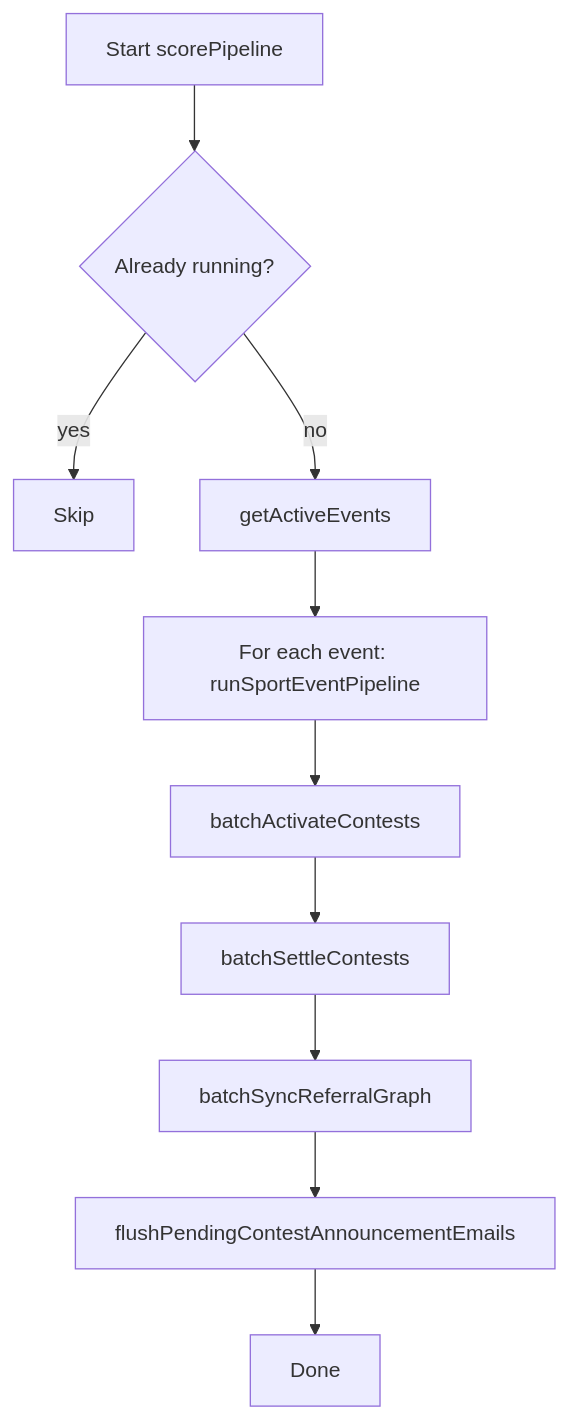
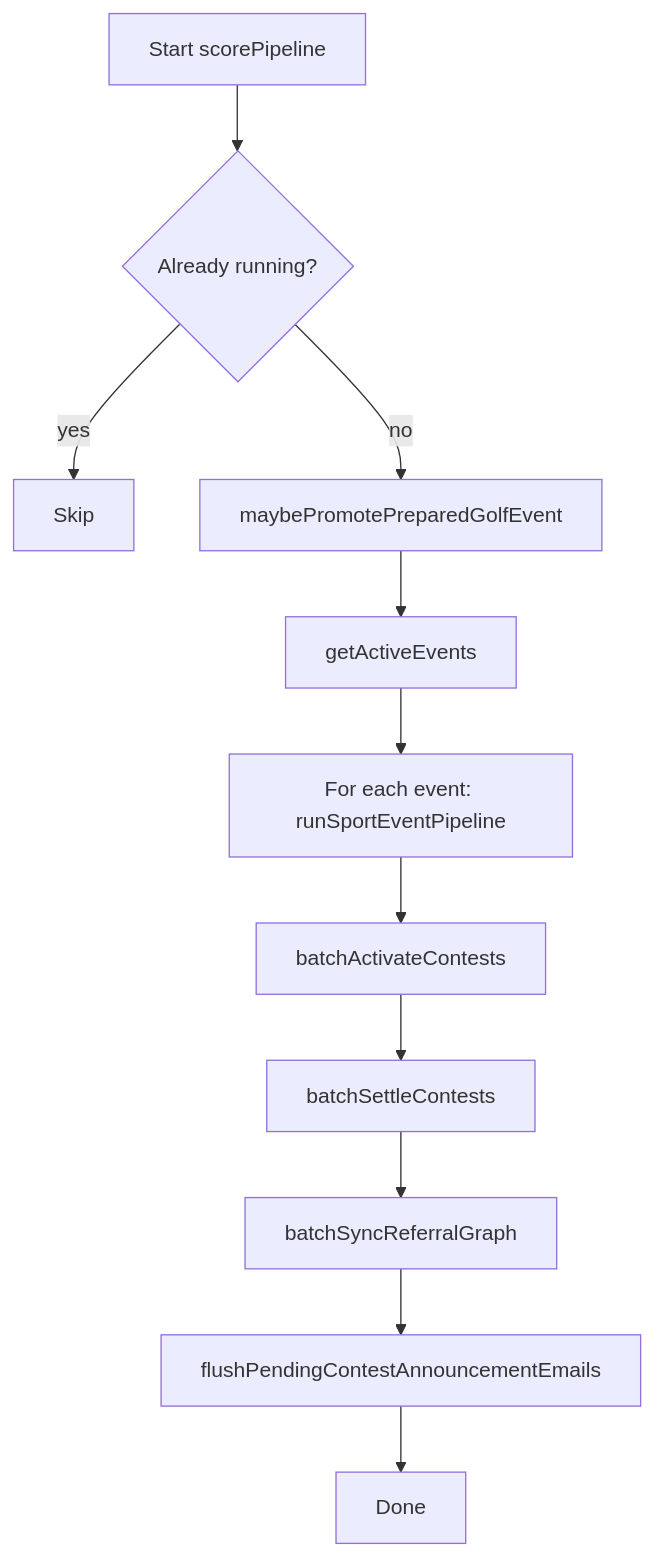
One commit to MagRelo/cut changed the diagram in spec/server/cron.md. Above: the diagram before and after it, drawn with Mermaid. The commit also changed other lines of this file and 32 other files, not shown here.

First line of the commit message:
refactor: implement auto-init functionality for commodities and golf events

````diff
--- a/spec/server/cron.md
+++ b/spec/server/cron.md
@@ -18,12 +19,13 @@
 ```mermaid
 flowchart TD
   A[Start scorePipeline] --> B{Already running?}
   B -->|yes| Z[Skip]
-  B -->|no| C[getActiveEvents]
+  B -->|no| P[maybePromotePreparedGolfEvent]
+  P --> C[getActiveEvents]
   C --> D[For each event: runSportEventPipeline]
   D --> F[batchActivateContests]
   F --> G[batchSettleContests]
   G --> H[batchSyncReferralGraph]
   H --> I[flushPendingContestAnnouncementEmails]
   I --> K[Done]
 ```
````
